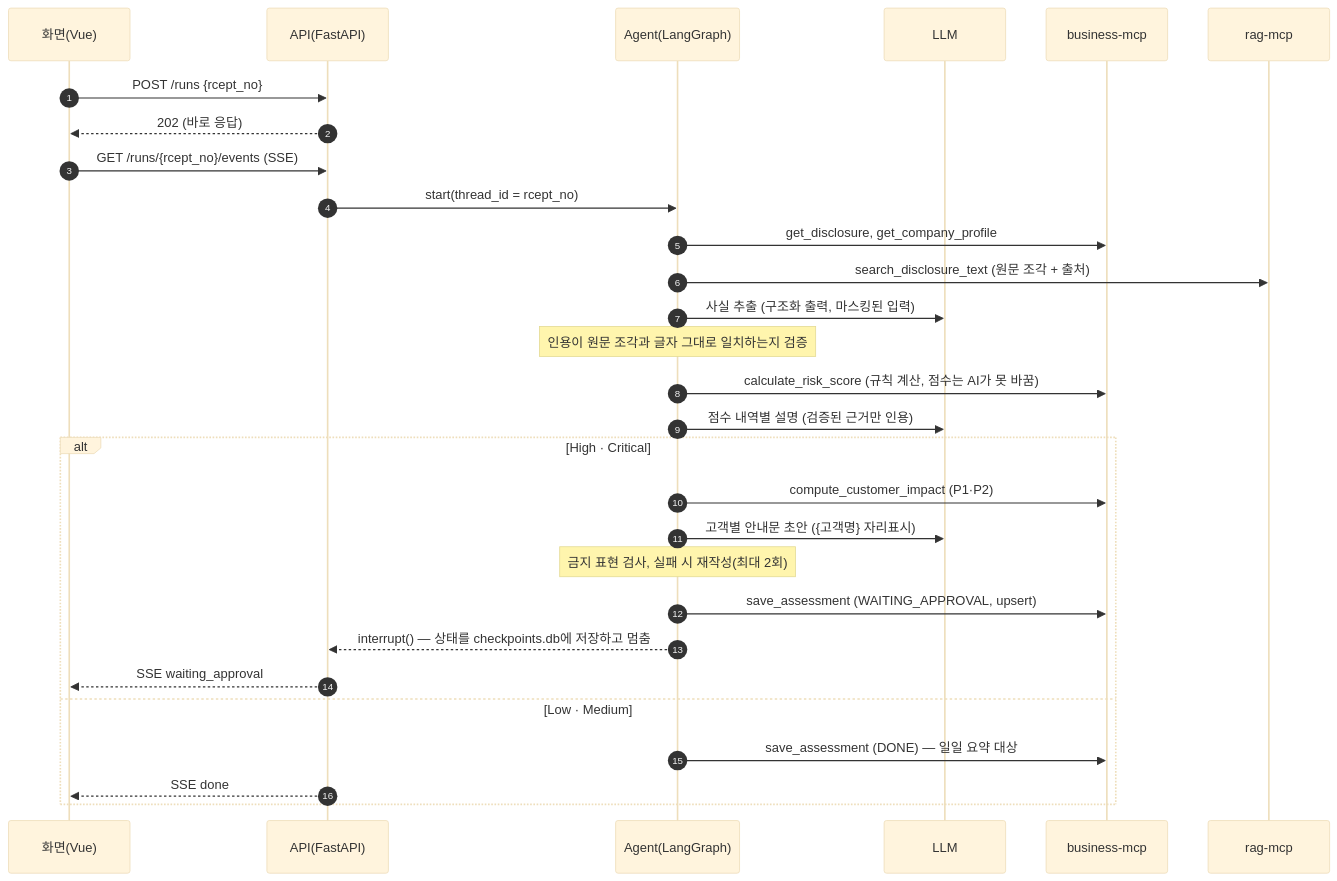
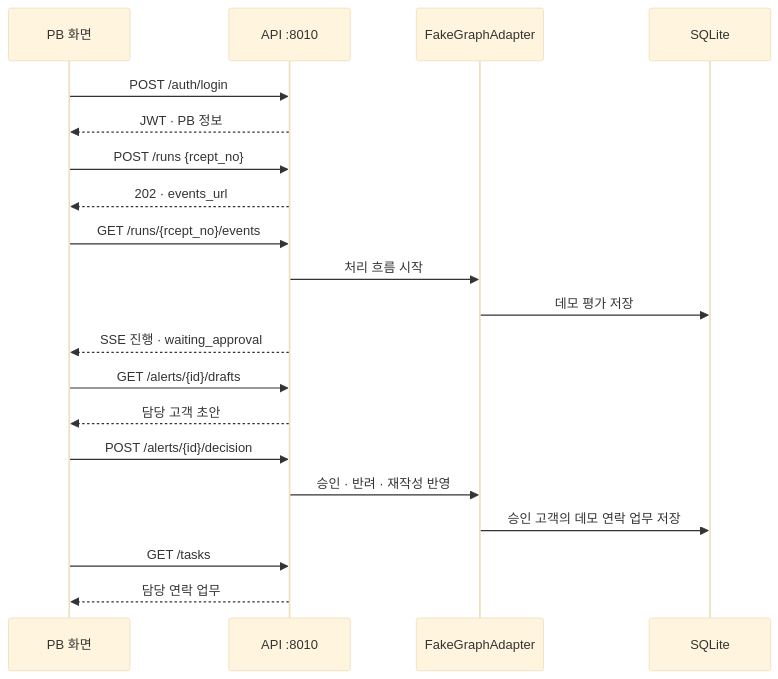
One commit to xxion30/disclosure-early-warning-agent changed the second of 3 diagrams in docs/architecture.md. Above: the diagram before and after it, drawn with Mermaid (base theme). The commit also changed other lines of this file and 3 other files, not shown here.

Commit message:
docs: update README architecture API and data sources

````diff
--- a/docs/architecture.md
+++ b/docs/architecture.md
@@ -92,31 +85,22 @@
 ```mermaid
 sequenceDiagram
-  autonumber
-  participant U as 화면(Vue)
-  participant A as API(FastAPI)
-  participant G as Agent(LangGraph)
-  participant L as LLM
-  participant B as business-mcp
-  participant R as rag-mcp
-  U->>A: POST /runs {rcept_no}
-  A-->>U: 202 (바로 응답)
-  U->>A: GET /runs/{rcept_no}/events (SSE)
-  A->>G: start(thread_id = rcept_no)
-  G->>B: get_disclosure, get_company_profile
-  G->>R: search_disclosure_text (원문 조각 + 출처)
-  G->>L: 사실 추출 (구조화 출력, 마스킹된 입력)
-  Note over G: 인용이 원문 조각과 글자 그대로 일치하는지 검증
-  G->>B: calculate_risk_score (규칙 계산, 점수는 AI가 못 바꿈)
-  G->>L: 점수 내역별 설명 (검증된 근거만 인용)
-  alt High · Critical
-    G->>B: compute_customer_impact (P1·P2)
-    G->>L: 고객별 안내문 초안 ({고객명} 자리표시)
-    Note over G: 금지 표현 검사, 실패 시 재작성(최대 2회)
-    G->>B: save_assessment (WAITING_APPROVAL, upsert)
-    G-->>A: interrupt() — 상태를 checkpoints.db에 저장하고 멈춤
-    A-->>U: SSE waiting_approval
-  else Low · Medium
-    G->>B: save_assessment (DONE) — 일일 요약 대상
-    A-->>U: SSE done
-  end
+  participant PB as PB 화면
+  participant API as API :8010
+  participant FAKE as FakeGraphAdapter
+  participant DB as SQLite
+  PB->>API: POST /auth/login
+  API-->>PB: JWT · PB 정보
+  PB->>API: POST /runs {rcept_no}
+  API-->>PB: 202 · events_url
+  PB->>API: GET /runs/{rcept_no}/events
+  API->>FAKE: 처리 흐름 시작
+  FAKE->>DB: 데모 평가 저장
+  API-->>PB: SSE 진행 · waiting_approval
+  PB->>API: GET /alerts/{id}/drafts
+  API-->>PB: 담당 고객 초안
+  PB->>API: POST /alerts/{id}/decision
+  API->>FAKE: 승인 · 반려 · 재작성 반영
+  FAKE->>DB: 승인 고객의 데모 연락 업무 저장
+  PB->>API: GET /tasks
+  API-->>PB: 담당 연락 업무
 ```
````
